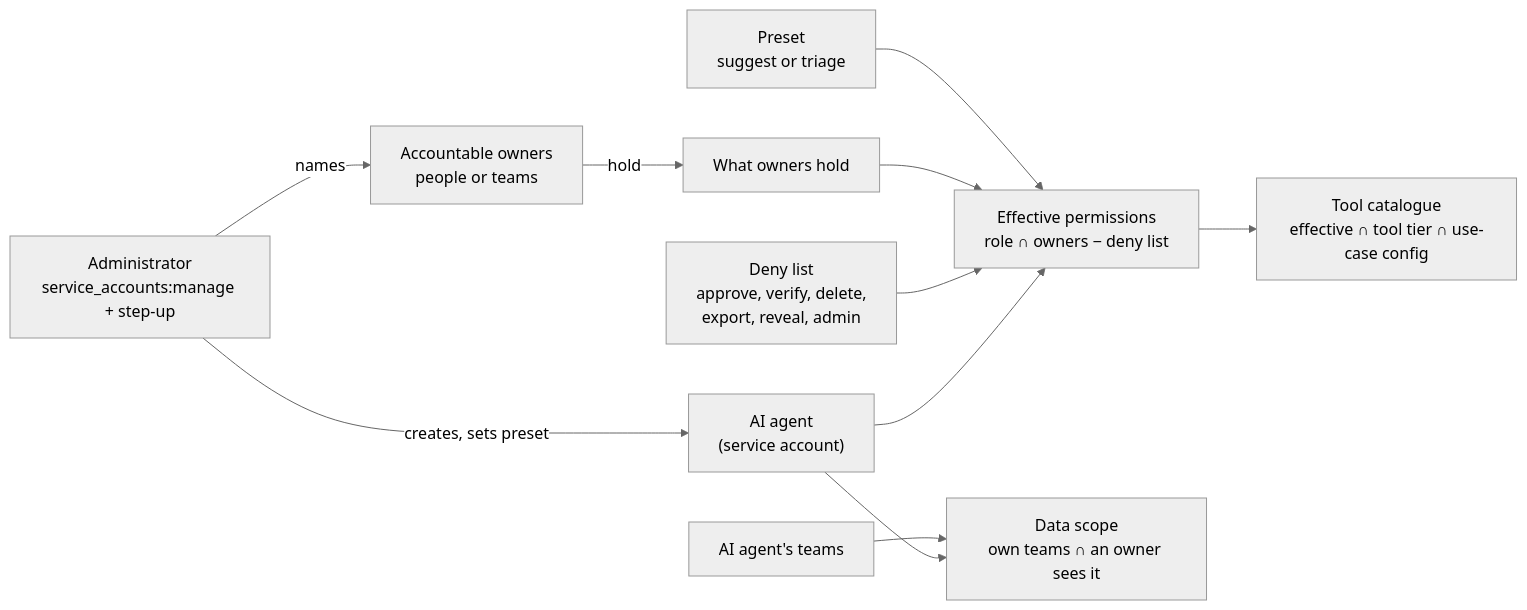
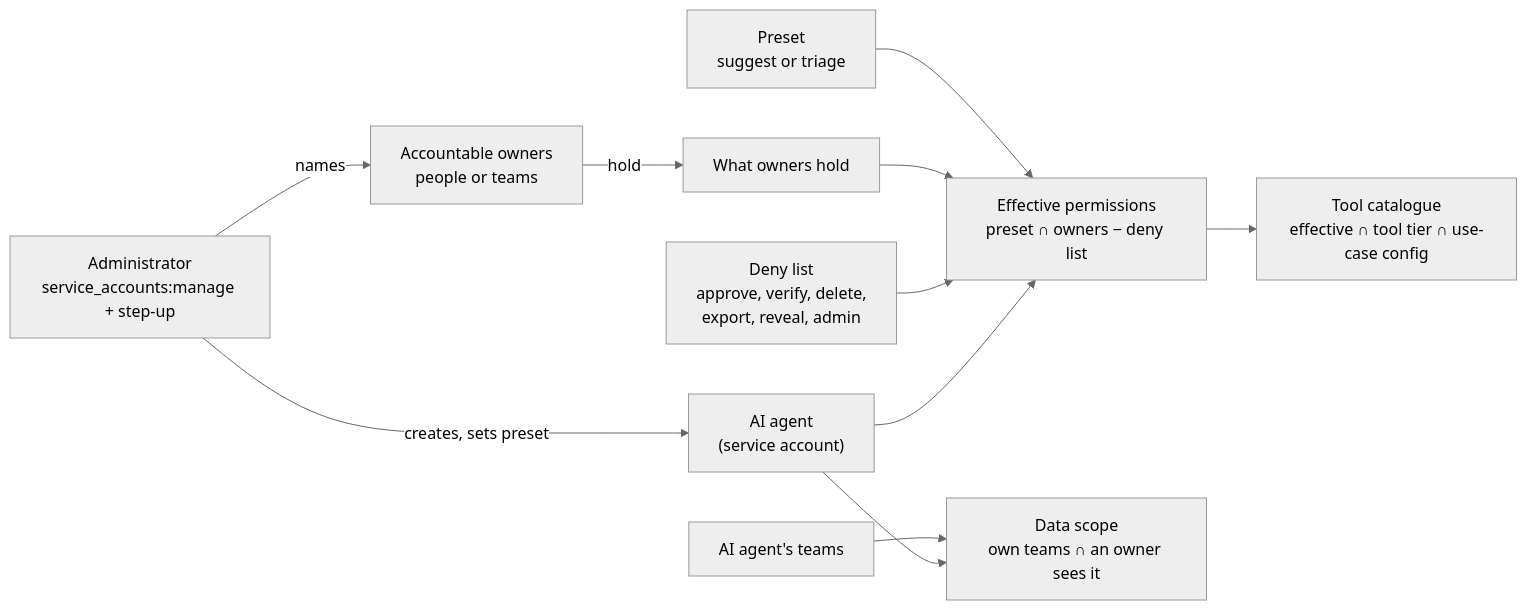
One commit to openctemio/openctem changed the second of 6 diagrams in api/docs/rfcs/RFC-132-ai-agent-principal.md. Above: the diagram before and after it, drawn with Mermaid (neutral theme). The commit also changed other lines of this file and 9 other files, not shown here.

````diff
--- a/api/docs/rfcs/RFC-132-ai-agent-principal.md
+++ b/api/docs/rfcs/RFC-132-ai-agent-principal.md
@@ -69,13 +70,13 @@
 ```mermaid
 flowchart LR
   admin["Administrator<br/>service_accounts:manage + step-up"] -->|creates, sets preset| sa["AI agent<br/>(service account)"]
   admin -->|names| owners["Accountable owners<br/>people or teams"]
   owners -->|hold| ownerPerms["What owners hold"]
   preset["Preset<br/>suggest or triage"] --> eff
-  ownerPerms --> eff["Effective permissions<br/>role ∩ owners − deny list"]
+  ownerPerms --> eff["Effective permissions<br/>preset ∩ owners − deny list"]
   deny["Deny list<br/>approve, verify, delete,<br/>export, reveal, admin"] --> eff
   sa --> eff
   eff --> tools["Tool catalogue<br/>effective ∩ tool tier ∩ use-case config"]
   teams["AI agent's teams"] --> scope["Data scope<br/>own teams ∩ an owner sees it"]
   sa --> scope
 ```
````
